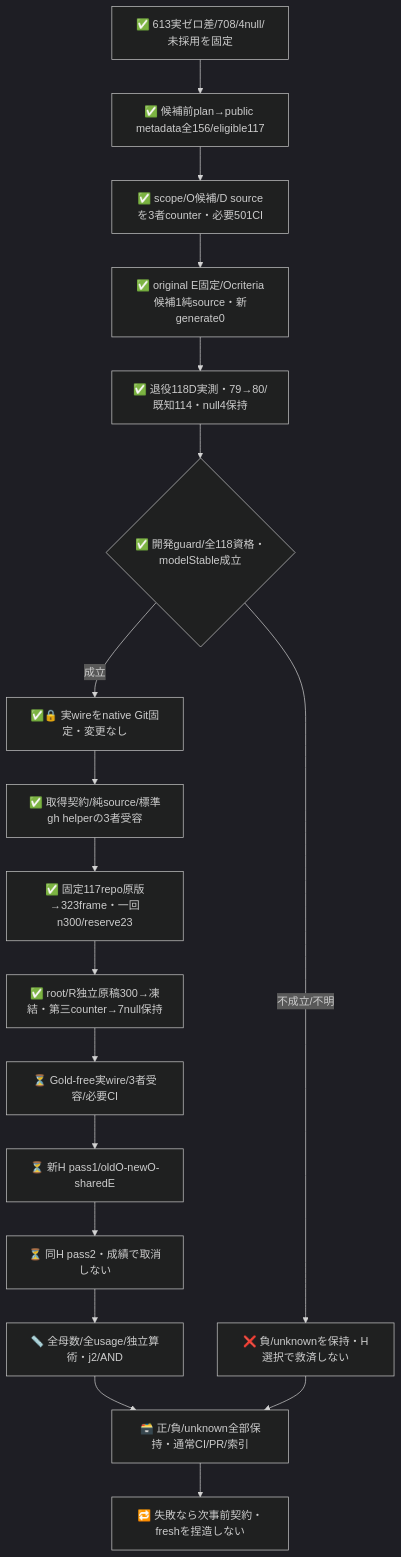
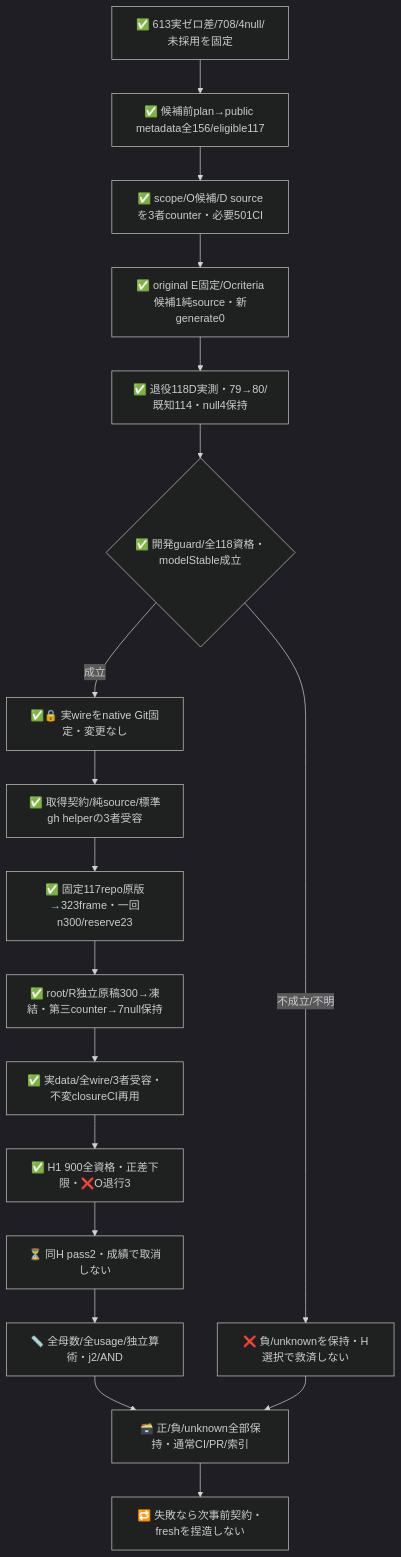
Before and after one commit to roccho-org/ops: the second of 2 diagrams in experiments/sys1-eval-loop/observation/README.md, drawn with Mermaid (dark theme). The commit also changed other lines of this file and 9 other files, not shown here.

````diff
--- a/experiments/sys1-eval-loop/observation/README.md
+++ b/experiments/sys1-eval-loop/observation/README.md
@@ -91,20 +106,20 @@
 ```mermaid
 flowchart TB
   OLD["✅ 613実ゼロ差/708/4null/未採用を固定"] --> META["✅ 候補前plan→public metadata全156/eligible117"]
   META --> REVIEW["✅ scope/O候補/D sourceを3者counter・必要501CI"]
   REVIEW --> C["✅ original E固定/Ocriteria候補1純source・新generate0"]
   C --> D["✅ 退役118D実測・79→80/既知114・null4保持"]
   D --> DG{"✅ 開発guard/全118資格・modelStable成立"}
   DG -->|不成立/不明| NEG["❌ 負/unknownを保持・H選択で救済しない"]
   DG -->|成立| FREEZE["✅🔒 実wireをnative Git固定・変更なし"]
   FREEZE --> CAP["✅ 取得契約/純source/標準gh helperの3者受容"]
   CAP --> FRAME["✅ 固定117repo原版→323frame・一回n300/reserve23"]
   FRAME --> GOLD["✅ root/R独立原稿300→凍結・第三counter→7null保持"]
-  GOLD --> SOURCE["⏳ Gold-free実wire/3者受容/必要CI"]
-  SOURCE --> P1["⏳ 新H pass1/oldO-newO-sharedE"]
+  GOLD --> SOURCE["✅ 実data/全wire/3者受容・不変closureCI再用"]
+  SOURCE --> P1["✅ H1 900全資格・正差下限・❌O退行3"]
   P1 --> P2["⏳ 同H pass2・成績で取消しない"]
   P2 --> SCORE["📏 全母数/全usage/独立算術・j2/AND"]
   SCORE --> END["🗃️ 正/負/unknown全部保持・通常CI/PR/索引"]
   NEG --> END
   END --> NEXT["🔁 失敗なら次事前契約・freshを捏造しない"]
 ```
````
